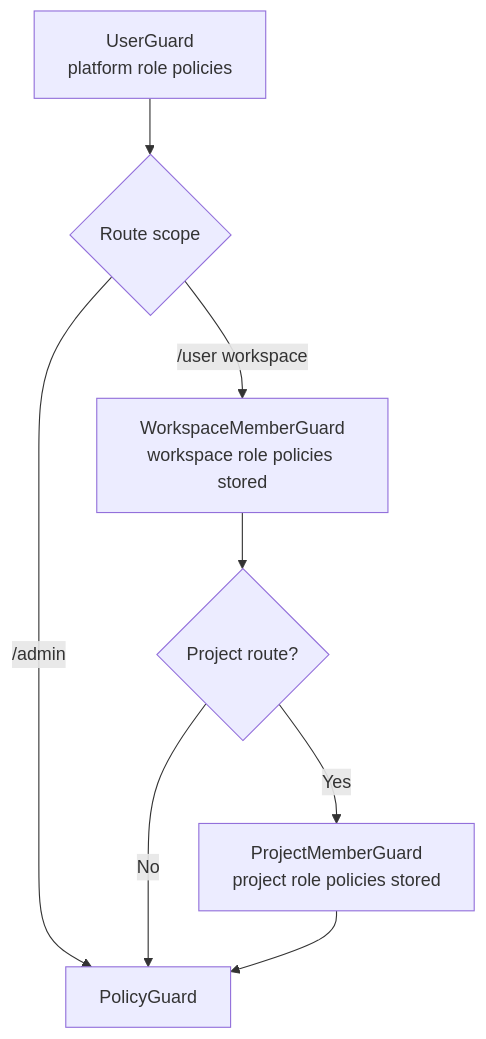
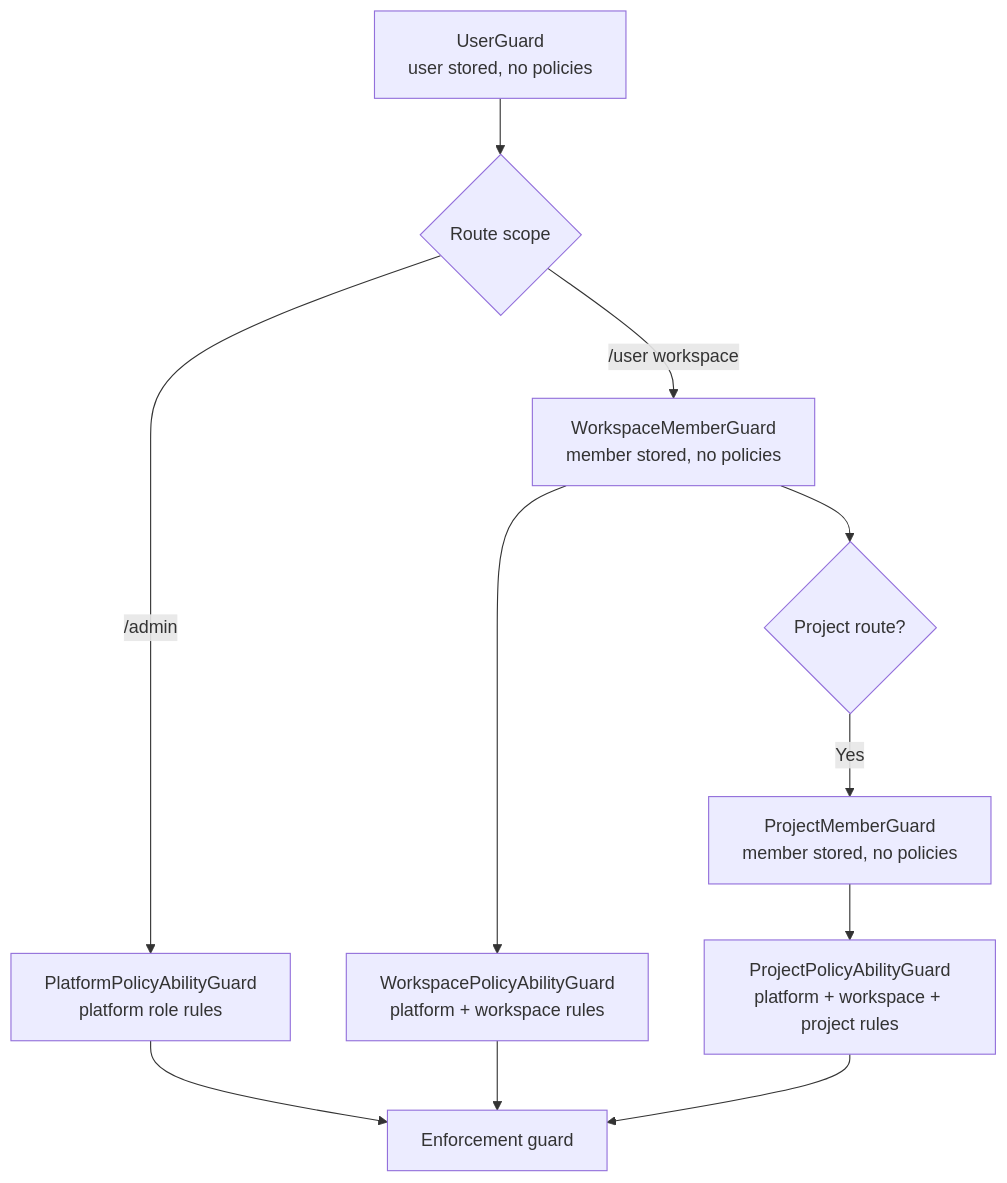
Before and after one commit to andrechristikan/ack-nestjs-boilerplate: the second of 5 diagrams in docs/authorization.md, drawn with Mermaid. The commit also changed other lines of this file and 125 other files, not shown here.

````diff
--- a/docs/authorization.md
+++ b/docs/authorization.md
@@ -220,10 +228,13 @@
 ```mermaid
 flowchart TD
-    User[UserGuard<br/>platform role policies] --> Route{Route scope}
-    Route -->|/admin| Policy[PolicyGuard]
-    Route -->|/user workspace| WS[WorkspaceMemberGuard<br/>workspace role policies stored]
-    WS --> PM{Project route?}
-    PM -->|No| Policy
-    PM -->|Yes| PG[ProjectMemberGuard<br/>project role policies stored]
-    PG --> Policy
+    User[UserGuard<br/>user stored, no policies] --> Route{Route scope}
+    Route -->|/admin| PA[PlatformPolicyAbilityGuard<br/>platform role rules]
+    Route -->|/user workspace| WM[WorkspaceMemberGuard<br/>member stored, no policies]
+    WM --> WA[WorkspacePolicyAbilityGuard<br/>platform + workspace rules]
+    WM --> PM{Project route?}
+    PM -->|Yes| PMG[ProjectMemberGuard<br/>member stored, no policies]
+    PMG --> PJA[ProjectPolicyAbilityGuard<br/>platform + workspace + project rules]
+    PA --> Enforce[Enforcement guard]
+    WA --> Enforce
+    PJA --> Enforce
 ```
````
